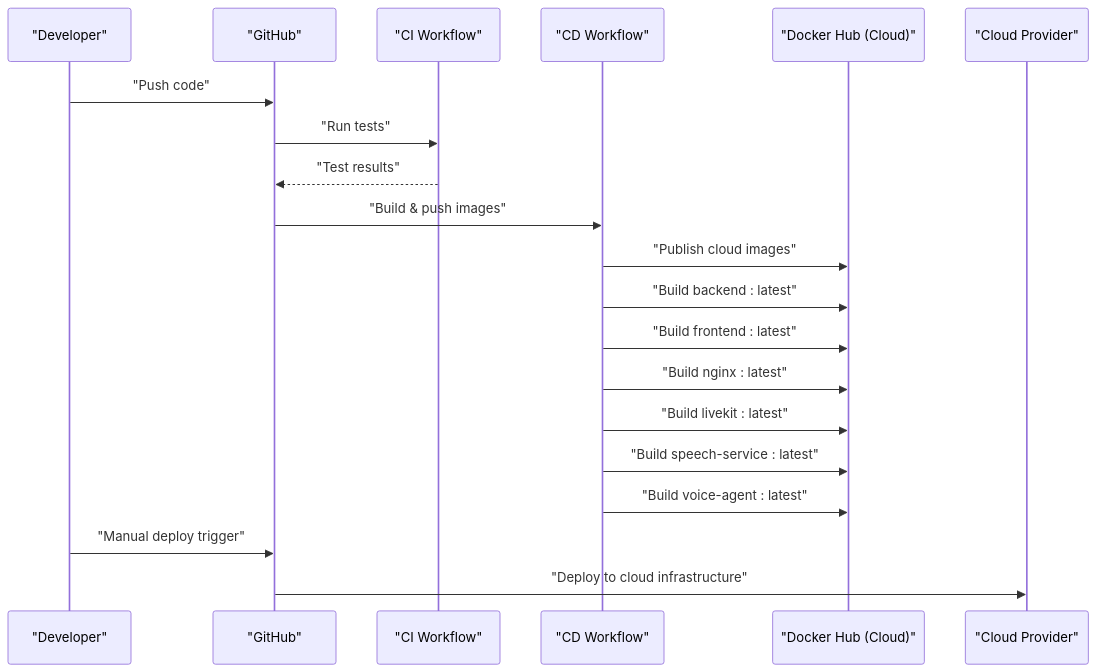
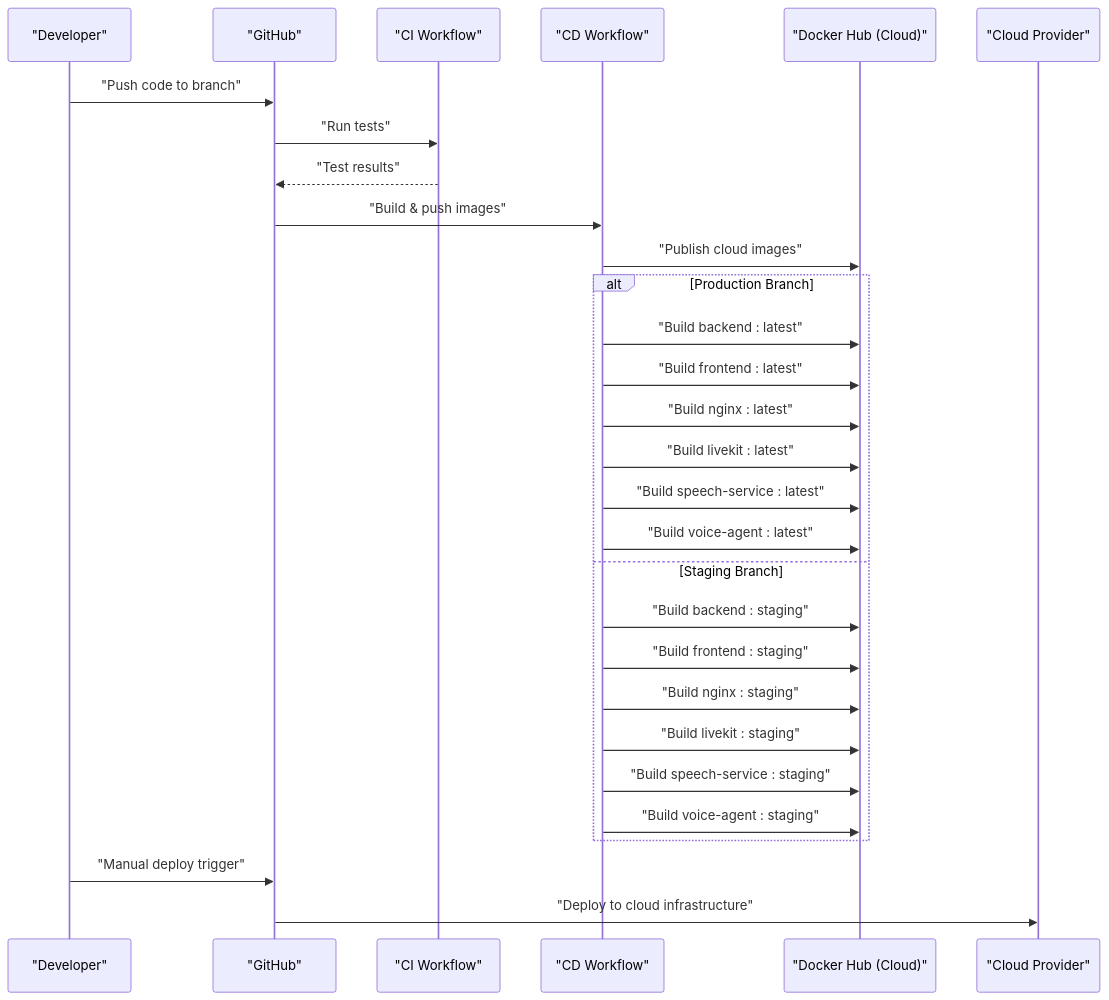
Diagram 12 of 15 in .qoder/repowiki/en/content/Deployment & DevOps/Deployment & DevOps.md (Revanththetalogics/aireume), drawn with Mermaid before and after one commit. The commit also changed other lines of this file and 9 other files, not shown here.

First line of the commit message:
fix: staging migration crash + preserve production volumes

````diff
--- a/.qoder/repowiki/en/content/Deployment & DevOps/Deployment & DevOps.md
+++ b/.qoder/repowiki/en/content/Deployment & DevOps/Deployment & DevOps.md
@@ -595,22 +635,31 @@
 ```mermaid
 sequenceDiagram
 participant Dev as "Developer"
 participant GH as "GitHub"
 participant CI as "CI Workflow"
 participant CD as "CD Workflow"
 participant Hub as "Docker Hub (Cloud)"
 participant Cloud as "Cloud Provider"
-Dev->>GH : "Push code"
+Dev->>GH : "Push code to branch"
 GH->>CI : "Run tests"
 CI-->>GH : "Test results"
 GH->>CD : "Build & push images"
 CD->>Hub : "Publish cloud images"
+alt Production Branch
 CD->>Hub : "Build backend : latest"
 CD->>Hub : "Build frontend : latest"
 CD->>Hub : "Build nginx : latest"
 CD->>Hub : "Build livekit : latest"
 CD->>Hub : "Build speech-service : latest"
 CD->>Hub : "Build voice-agent : latest"
+else Staging Branch
+CD->>Hub : "Build backend : staging"
+CD->>Hub : "Build frontend : staging"
+CD->>Hub : "Build nginx : staging"
+CD->>Hub : "Build livekit : staging"
+CD->>Hub : "Build speech-service : staging"
+CD->>Hub : "Build voice-agent : staging"
+end
 Dev->>GH : "Manual deploy trigger"
 GH->>Cloud : "Deploy to cloud infrastructure"
 ```
````
